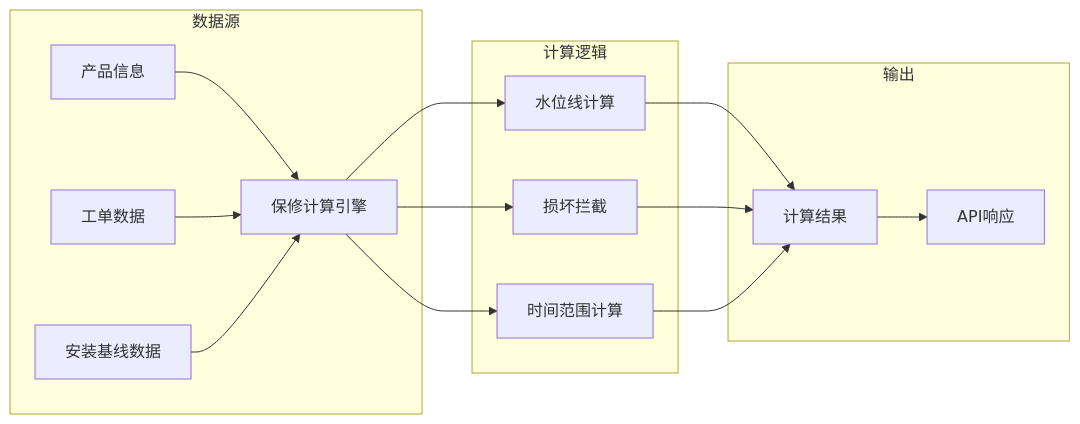
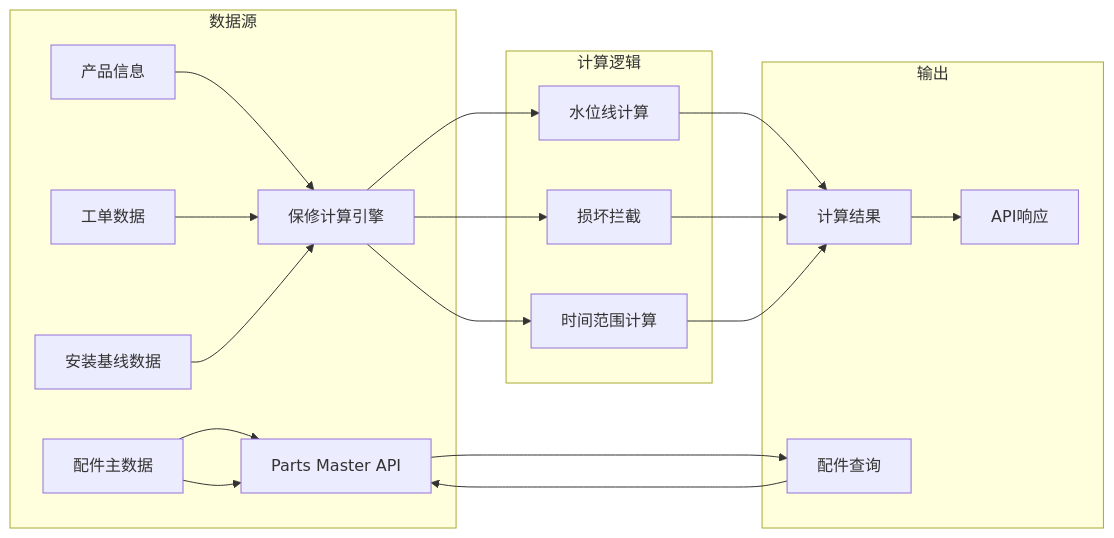
One commit to CubeEdge/Longhorn changed the ninth of 9 diagrams in .qoder/repowiki/zh/content/前端组件架构/服务工作流增强/MSReviewPanel 评审面板.md. Above: the diagram before and after it, drawn with Mermaid. The commit also changed other lines of this file and 28 other files, not shown here.

````diff
--- a/.qoder/repowiki/zh/content/前端组件架构/服务工作流增强/MSReviewPanel 评审面板.md
+++ b/.qoder/repowiki/zh/content/前端组件架构/服务工作流增强/MSReviewPanel 评审面板.md
@@ -279,19 +353,23 @@
 ```mermaid
 graph LR
 subgraph "数据源"
 A[产品信息] --> C[保修计算引擎]
 B[工单数据] --> C
 D[安装基线数据] --> C
+E[配件主数据] --> F[Parts Master API]
 end
 subgraph "计算逻辑"
-C --> E[水位线计算]
-C --> F[损坏拦截]
-C --> G[时间范围计算]
+C --> G[水位线计算]
+C --> H[损坏拦截]
+C --> I[时间范围计算]
 end
 subgraph "输出"
-H[计算结果] --> I[API响应]
+J[计算结果] --> K[API响应]
+E --> F
+F --> L[配件查询]
 end
-E --> H
-F --> H
-G --> H
+G --> J
+H --> J
+I --> J
+L --> F
 ```
````
